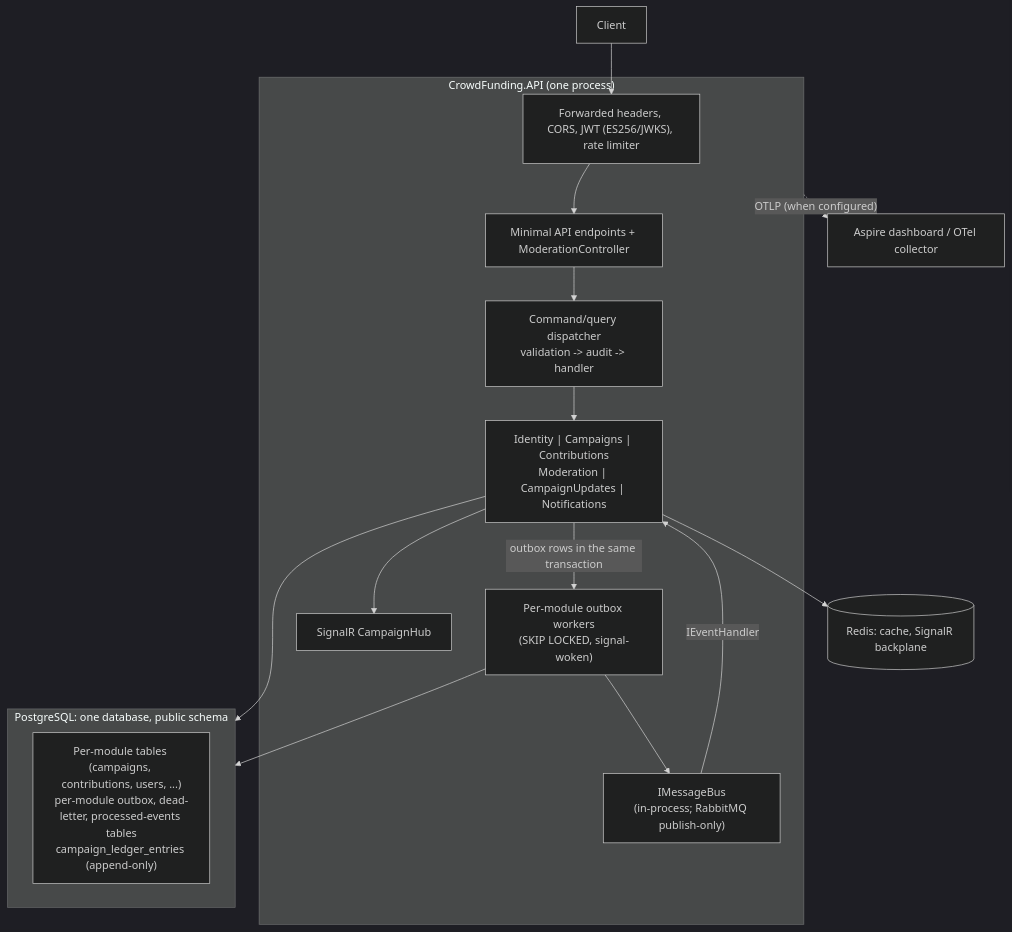
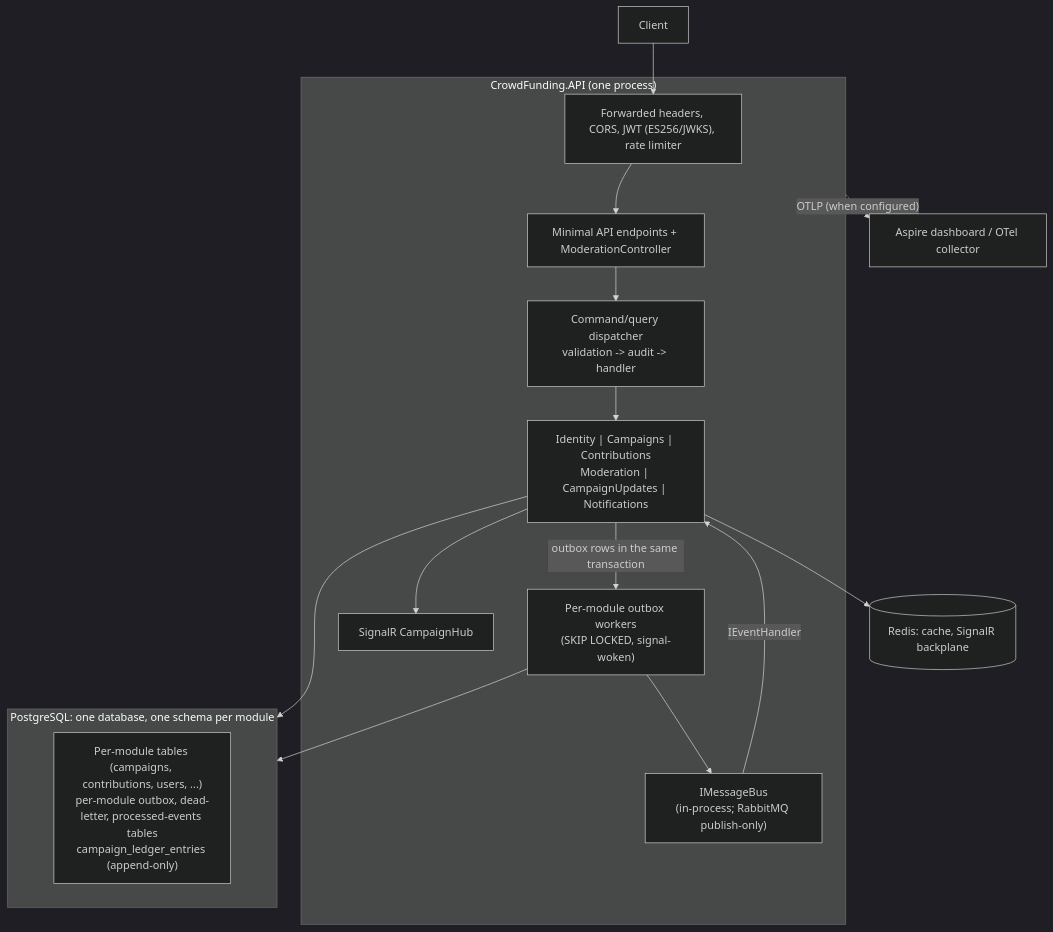
Before and after one commit to maysamgamini/crowdfundinghub: the diagram in docs/TRADE_OFFS_AND_LIMITATIONS.md, drawn with Mermaid (dark theme). The commit also changed other lines of this file and 75 other files, not shown here.

````diff
--- a/docs/TRADE_OFFS_AND_LIMITATIONS.md
+++ b/docs/TRADE_OFFS_AND_LIMITATIONS.md
@@ -36,27 +36,27 @@
 ```mermaid
 graph TB
     Client["Client"] --> Edge
 
     subgraph Host["CrowdFunding.API (one process)"]
         Edge["Forwarded headers, CORS, JWT (ES256/JWKS), rate limiter"]
         Endpoints["Minimal API endpoints + ModerationController"]
         Pipeline["Command/query dispatcher<br/>validation -> audit -> handler"]
         Modules["Identity | Campaigns | Contributions<br/>Moderation | CampaignUpdates | Notifications"]
         Outbox["Per-module outbox workers<br/>(SKIP LOCKED, signal-woken)"]
         Bus["IMessageBus<br/>(in-process; RabbitMQ publish-only)"]
         Hub["SignalR CampaignHub"]
         Edge --> Endpoints --> Pipeline --> Modules
         Modules -- "outbox rows in the same transaction" --> Outbox
         Outbox --> Bus -- "IEventHandler<T>" --> Modules
         Modules --> Hub
     end
 
-    subgraph PG["PostgreSQL: one database, public schema"]
+    subgraph PG["PostgreSQL: one database, one schema per module"]
         Tables["Per-module tables (campaigns, contributions, users, ...)<br/>per-module outbox, dead-letter, processed-events tables<br/>campaign_ledger_entries (append-only)"]
     end
 
     Modules --> PG
     Outbox --> PG
     Modules --> Redis[("Redis: cache, SignalR backplane")]
     Host -. "OTLP (when configured)" .-> Aspire["Aspire dashboard / OTel collector"]
 ```
````
